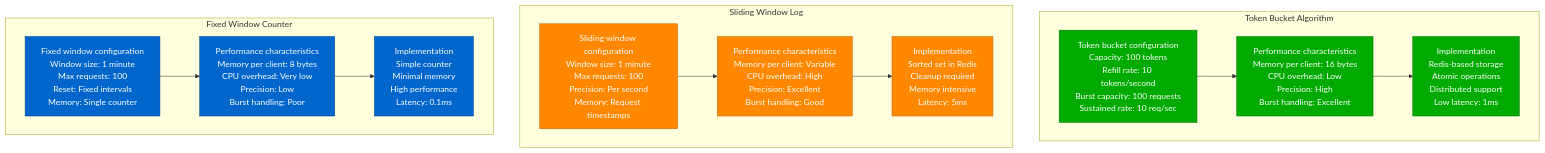
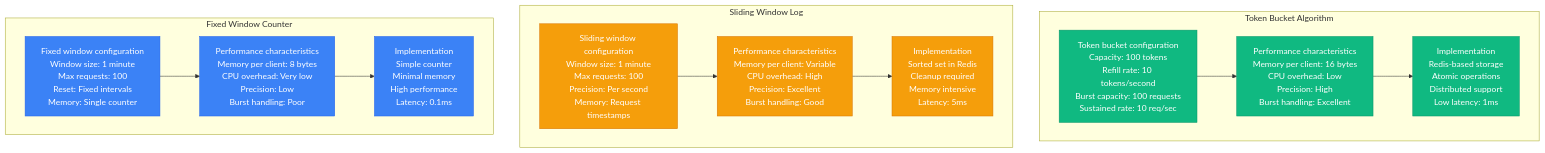
One commit to deepaucksharma/DS changed the seventh of 11 diagrams in site/docs/performance/rest-api-performance-profile.md. Above: the diagram before and after it, drawn with Mermaid. The commit also changed other lines of this file and 303 other files, not shown here.

````diff
--- a/site/docs/performance/rest-api-performance-profile.md
+++ b/site/docs/performance/rest-api-performance-profile.md
@@ -274,40 +274,40 @@
 ```mermaid
 graph TB
     subgraph "Token Bucket Algorithm"
         TOKEN1[Token bucket configuration<br/>Capacity: 100 tokens<br/>Refill rate: 10 tokens/second<br/>Burst capacity: 100 requests<br/>Sustained rate: 10 req/sec]
 
         TOKEN2[Performance characteristics<br/>Memory per client: 16 bytes<br/>CPU overhead: Low<br/>Precision: High<br/>Burst handling: Excellent]
 
         TOKEN3[Implementation<br/>Redis-based storage<br/>Atomic operations<br/>Distributed support<br/>Low latency: 1ms]
 
         TOKEN1 --> TOKEN2 --> TOKEN3
     end
 
     subgraph "Sliding Window Log"
         WINDOW1[Sliding window configuration<br/>Window size: 1 minute<br/>Max requests: 100<br/>Precision: Per second<br/>Memory: Request timestamps]
 
         WINDOW2[Performance characteristics<br/>Memory per client: Variable<br/>CPU overhead: High<br/>Precision: Excellent<br/>Burst handling: Good]
 
         WINDOW3[Implementation<br/>Sorted set in Redis<br/>Cleanup required<br/>Memory intensive<br/>Latency: 5ms]
 
         WINDOW1 --> WINDOW2 --> WINDOW3
     end
 
     subgraph "Fixed Window Counter"
         FIXED1[Fixed window configuration<br/>Window size: 1 minute<br/>Max requests: 100<br/>Reset: Fixed intervals<br/>Memory: Single counter]
 
         FIXED2[Performance characteristics<br/>Memory per client: 8 bytes<br/>CPU overhead: Very low<br/>Precision: Low<br/>Burst handling: Poor]
 
         FIXED3[Implementation<br/>Simple counter<br/>Minimal memory<br/>High performance<br/>Latency: 0.1ms]
 
         FIXED1 --> FIXED2 --> FIXED3
     end
 
-    classDef tokenStyle fill:#00AA00,stroke:#007700,color:#fff
-    classDef windowStyle fill:#FF8800,stroke:#CC6600,color:#fff
-    classDef fixedStyle fill:#0066CC,stroke:#004499,color:#fff
+    classDef tokenStyle fill:#10B981,stroke:#059669,color:#fff
+    classDef windowStyle fill:#F59E0B,stroke:#D97706,color:#fff
+    classDef fixedStyle fill:#3B82F6,stroke:#2563EB,color:#fff
 
     class TOKEN1,TOKEN2,TOKEN3 tokenStyle
     class WINDOW1,WINDOW2,WINDOW3 windowStyle
     class FIXED1,FIXED2,FIXED3 fixedStyle
 ```
````
